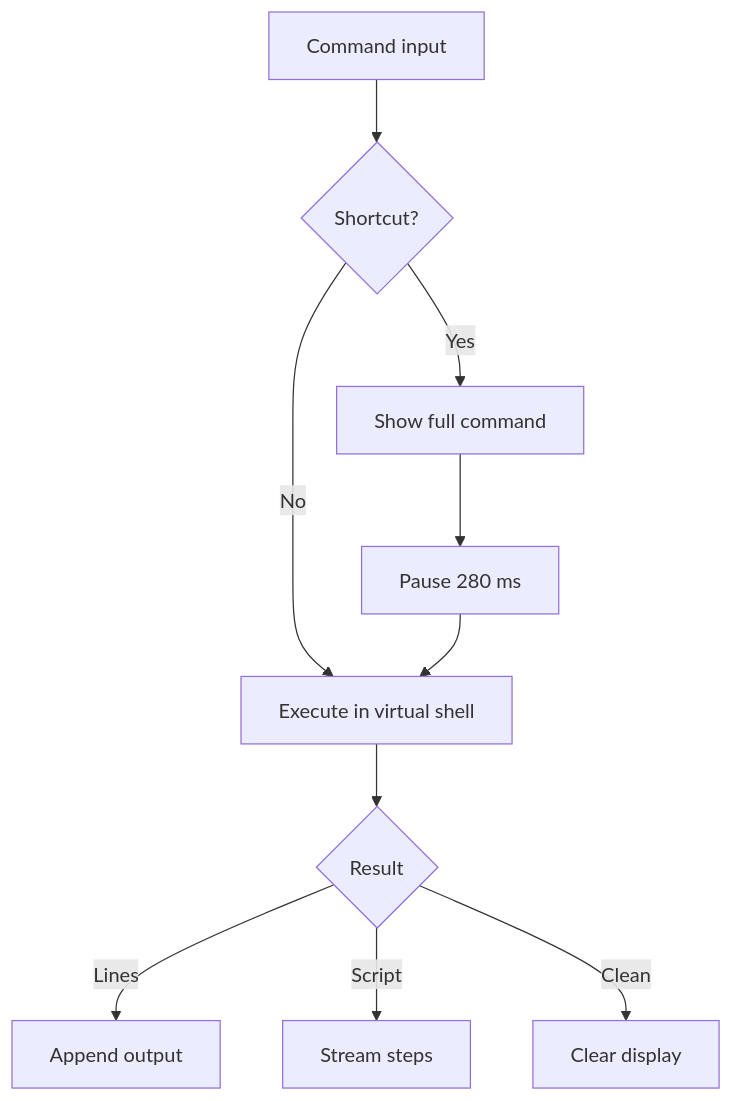
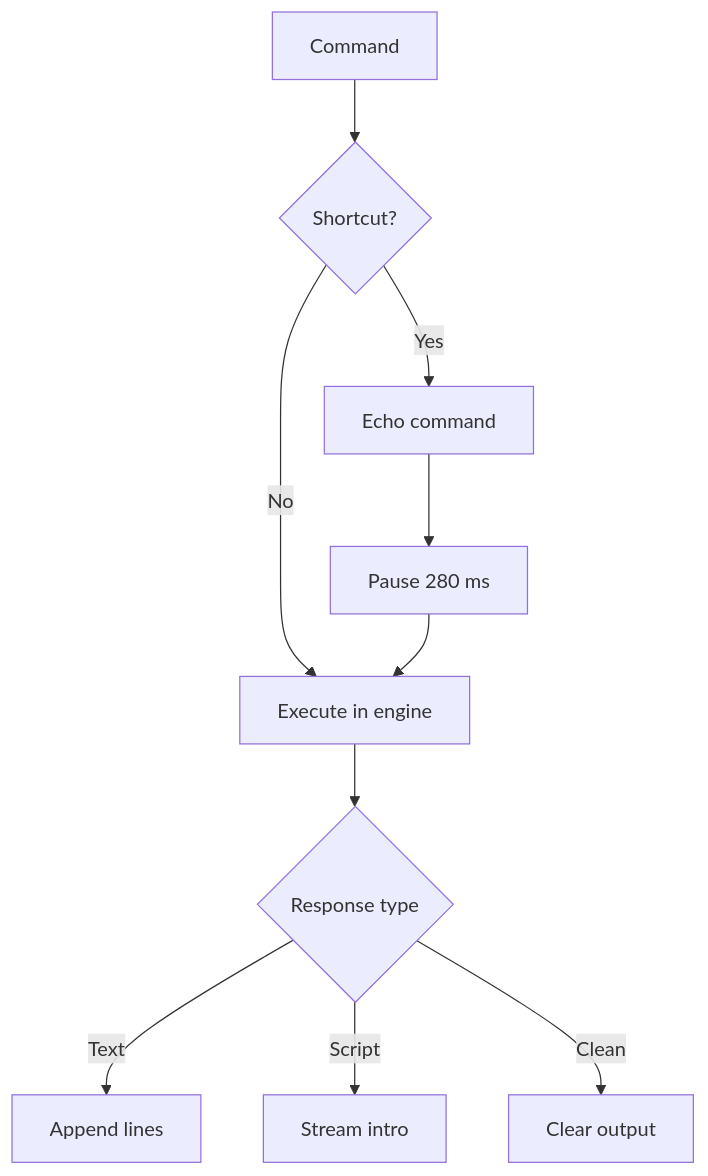
Before and after one commit to yassinebkr/ShellFolio: the second of 3 diagrams in docs/DEVELOPMENT.md, drawn with Mermaid. The commit also changed other lines of this file and 2 other files, not shown here.

````diff
--- a/docs/DEVELOPMENT.md
+++ b/docs/DEVELOPMENT.md
@@ -45,12 +39,12 @@
 ```mermaid
 flowchart TD
-    A["Command input"] --> B{"Shortcut?"}
-    B -->|No| E["Execute in virtual shell"]
-    B -->|Yes| C["Show full command"]
+    A["Command"] --> B{"Shortcut?"}
+    B -->|Yes| C["Echo command"]
     C --> D["Pause 280 ms"]
+    B -->|No| E["Execute in engine"]
     D --> E
-    E --> F{"Result"}
-    F -->|Lines| G["Append output"]
-    F -->|Script| H["Stream steps"]
-    F -->|Clean| I["Clear display"]
+    E --> F{"Response type"}
+    F -->|Text| G["Append lines"]
+    F -->|Script| H["Stream intro"]
+    F -->|Clean| I["Clear output"]
 ```
````
